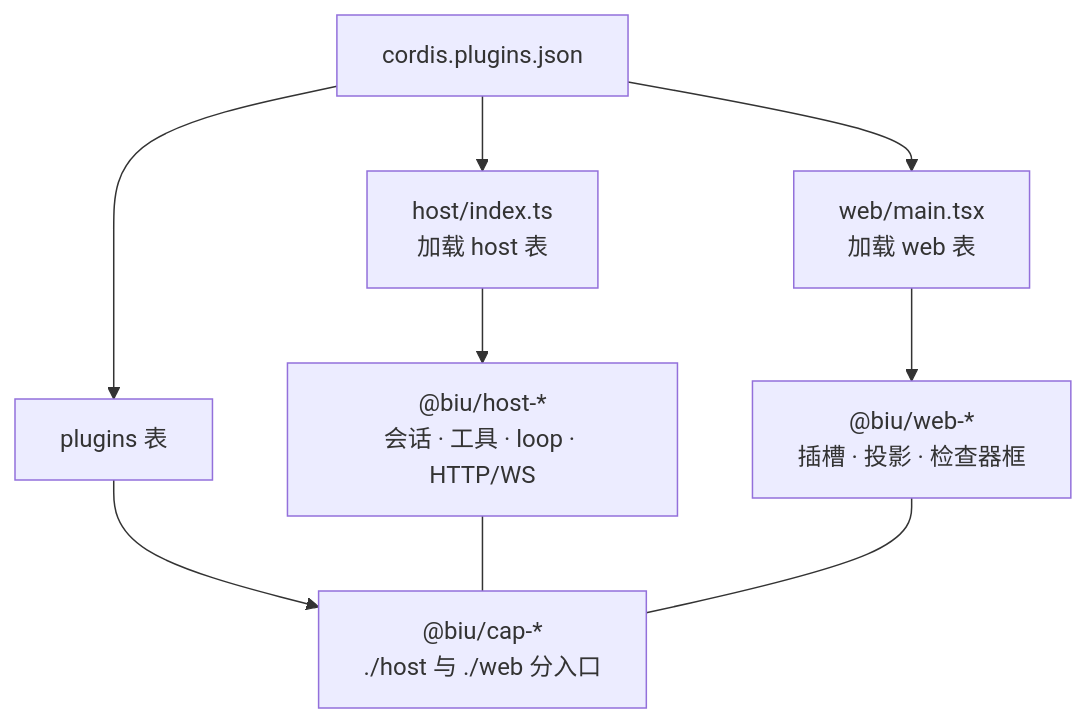
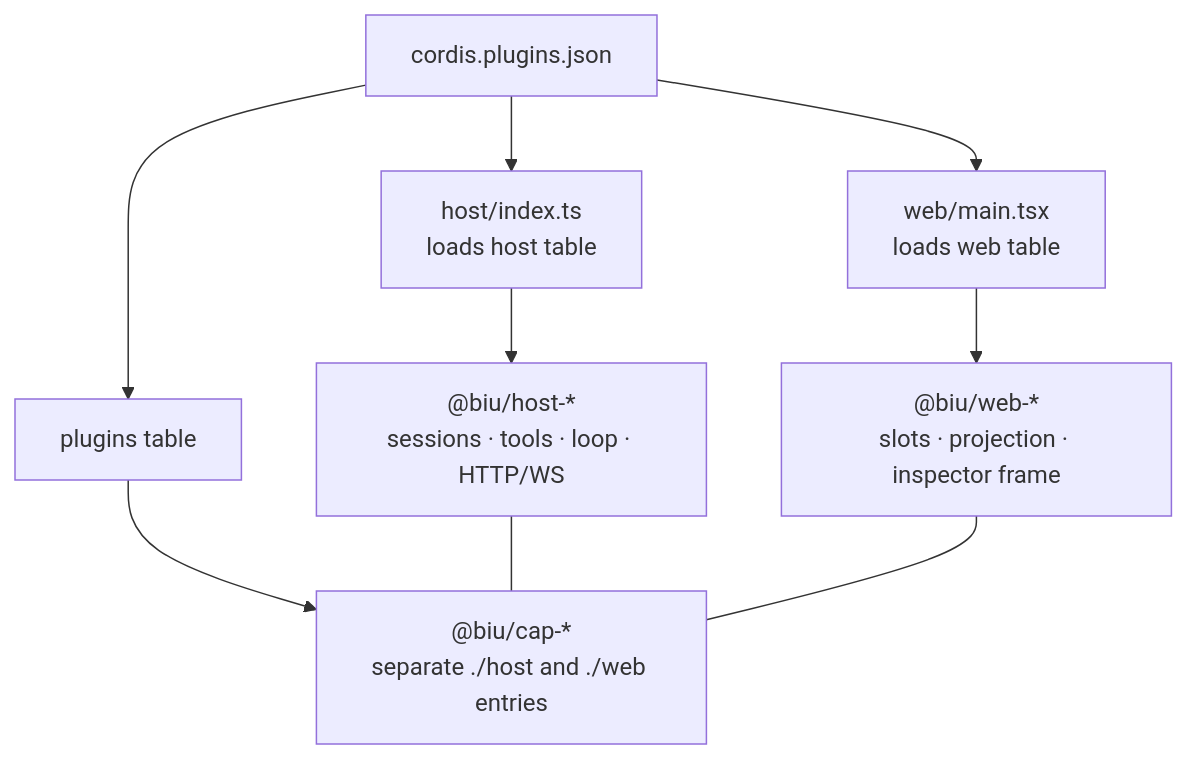
The third of 3 diagrams in README.md (helloooooooooooooo97/biu-harness), drawn with Mermaid before and after one commit. The commit also changed other lines of this file and 1 other file, not shown here.

````diff
--- a/README.md
+++ b/README.md
@@ -189,13 +180,13 @@
 ```mermaid
 flowchart TB
   JSON["cordis.plugins.json"]
-  JSON --> HostLoad["host/index.ts<br/>加载 host 表"]
-  JSON --> WebLoad["web/main.tsx<br/>加载 web 表"]
-  JSON --> Caps["plugins 表"]
+  JSON --> HostLoad["host/index.ts<br/>loads host table"]
+  JSON --> WebLoad["web/main.tsx<br/>loads web table"]
+  JSON --> Caps["plugins table"]
 
-  HostLoad --> Kernel["@biu/host-*<br/>会话 · 工具 · loop · HTTP/WS"]
-  WebLoad --> Shell["@biu/web-*<br/>插槽 · 投影 · 检查器框"]
-  Caps --> Cap["@biu/cap-*<br/>./host 与 ./web 分入口"]
+  HostLoad --> Kernel["@biu/host-*<br/>sessions · tools · loop · HTTP/WS"]
+  WebLoad --> Shell["@biu/web-*<br/>slots · projection · inspector frame"]
+  Caps --> Cap["@biu/cap-*<br/>separate ./host and ./web entries"]
   Kernel --- Cap
   Shell --- Cap
 ```
````
